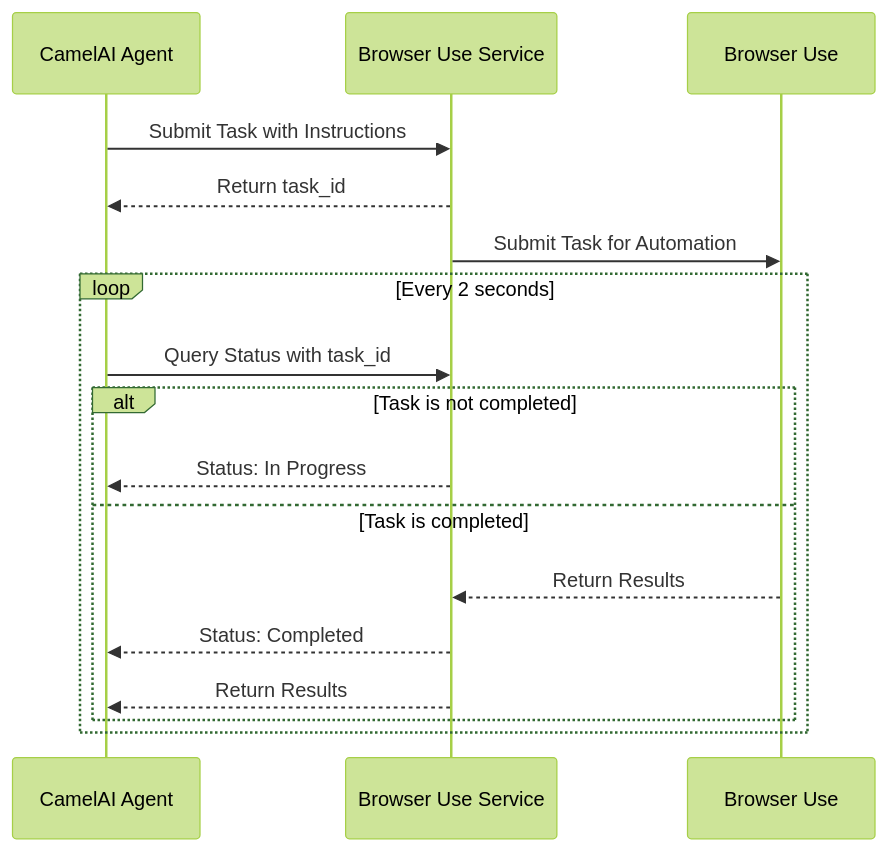
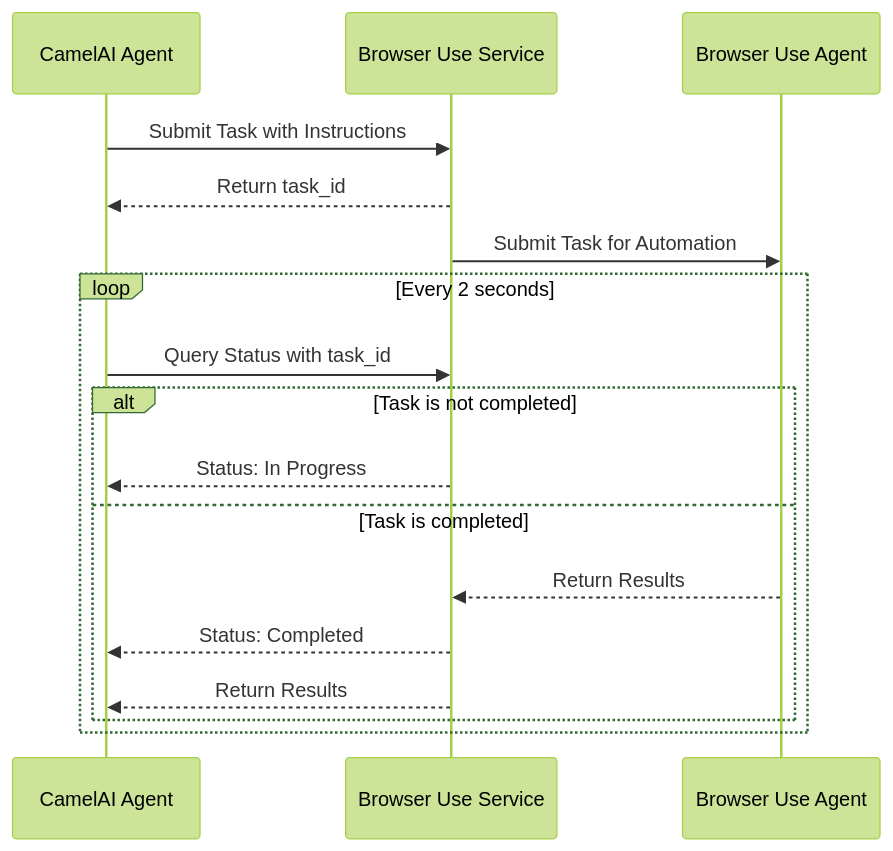
The diagram in README.md (Erickrus/camel_ai_browser_use), drawn with Mermaid (forest theme) before and after one commit. The commit also changed other lines of this file, not shown here.

````diff
--- a/README.md
+++ b/README.md
@@ -12,21 +12,21 @@
 ```mermaid
 sequenceDiagram
     participant CamelAI_Agent as CamelAI Agent
     participant BrowserUseService as Browser Use Service
-    participant BrowserUse as Browser Use
+    participant BrowserUseAgent as Browser Use Agent
 
     CamelAI_Agent->>BrowserUseService: Submit Task with Instructions
     BrowserUseService-->>CamelAI_Agent: Return task_id
 
-    BrowserUseService->>BrowserUse: Submit Task for Automation
+    BrowserUseService->>BrowserUseAgent: Submit Task for Automation
     loop Every 2 seconds
         CamelAI_Agent->>BrowserUseService: Query Status with task_id
         alt Task is not completed
             BrowserUseService-->>CamelAI_Agent: Status: In Progress
         else Task is completed
-            BrowserUse-->>BrowserUseService: Return Results
+            BrowserUseAgent-->>BrowserUseService: Return Results
             BrowserUseService-->>CamelAI_Agent: Status: Completed
             BrowserUseService-->>CamelAI_Agent: Return Results
         end
     end
 ```
````
